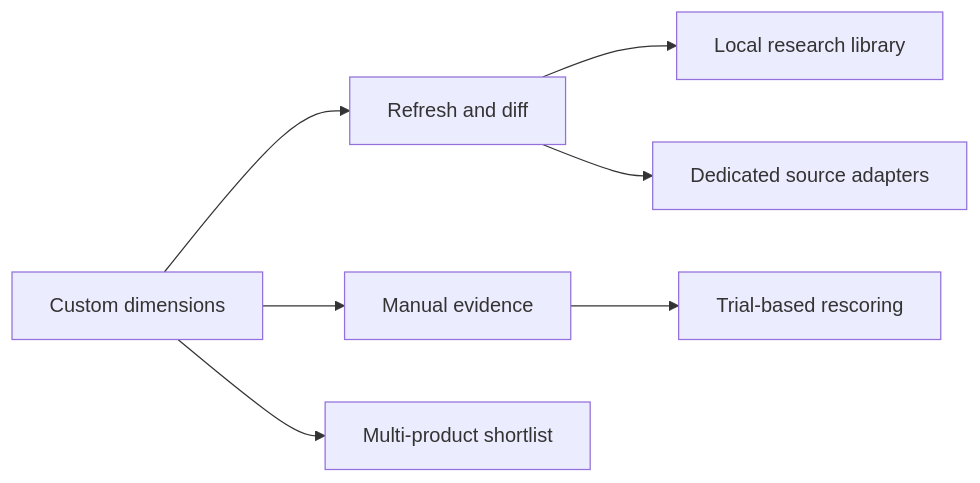
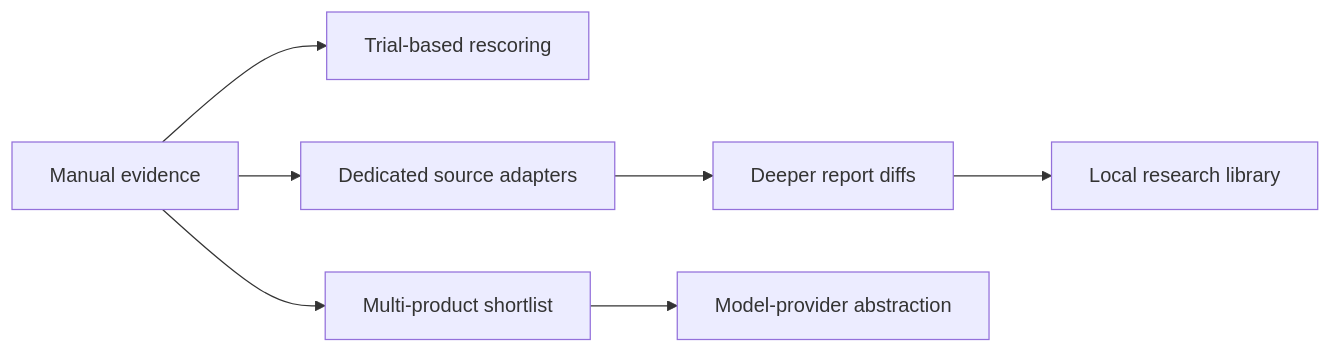
Before and after one commit to wp043/fitlens: the fifth of 5 diagrams in README.md, drawn with Mermaid. The commit also changed other lines of this file and 16 other files, not shown here.

Commit message:
feat(comparison): add custom criteria and report refresh

````diff
--- a/README.md
+++ b/README.md
@@ -262,9 +291,9 @@
 ```mermaid
 flowchart LR
-    C[Custom dimensions] --> D[Refresh and diff]
-    C --> E[Manual evidence]
+    E[Manual evidence] --> T[Trial-based rescoring]
+    E --> A[Dedicated source adapters]
+    A --> D[Deeper report diffs]
     D --> L[Local research library]
-    E --> T[Trial-based rescoring]
-    C --> N[Multi-product shortlist]
-    D --> S[Dedicated source adapters]
+    E --> N[Multi-product shortlist]
+    N --> P[Model-provider abstraction]
 ```
````
